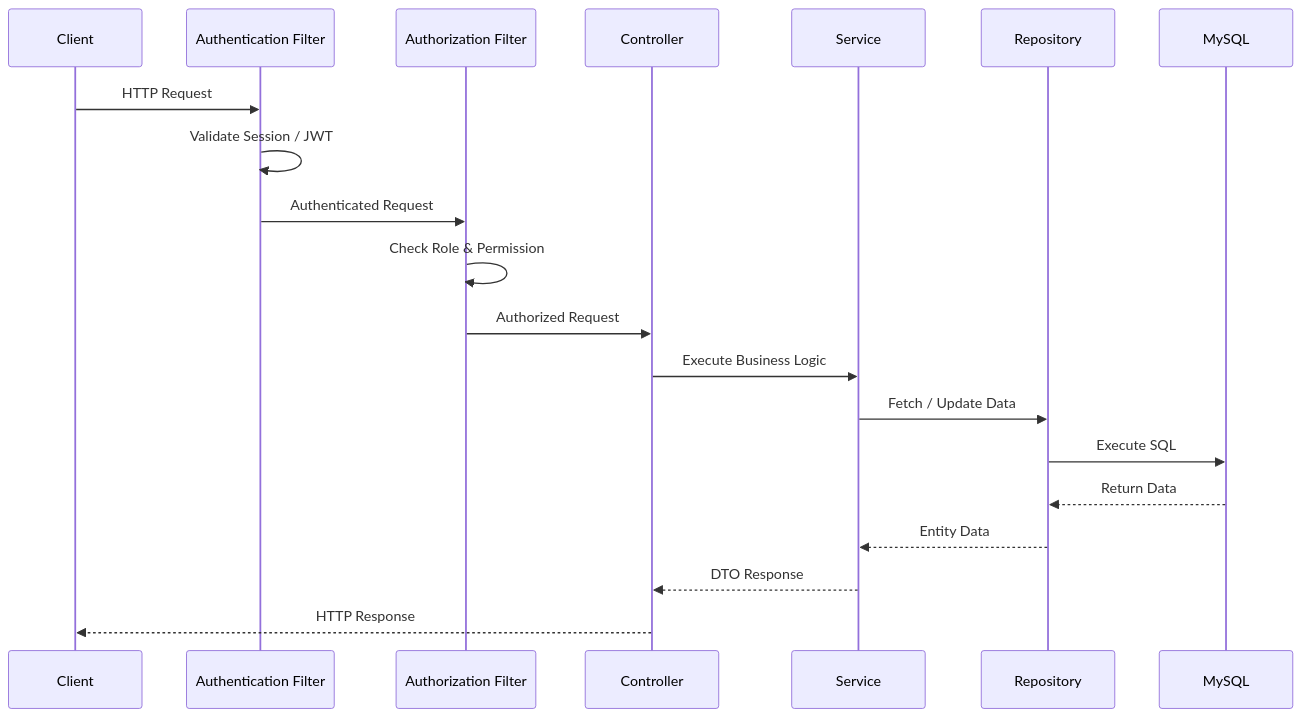
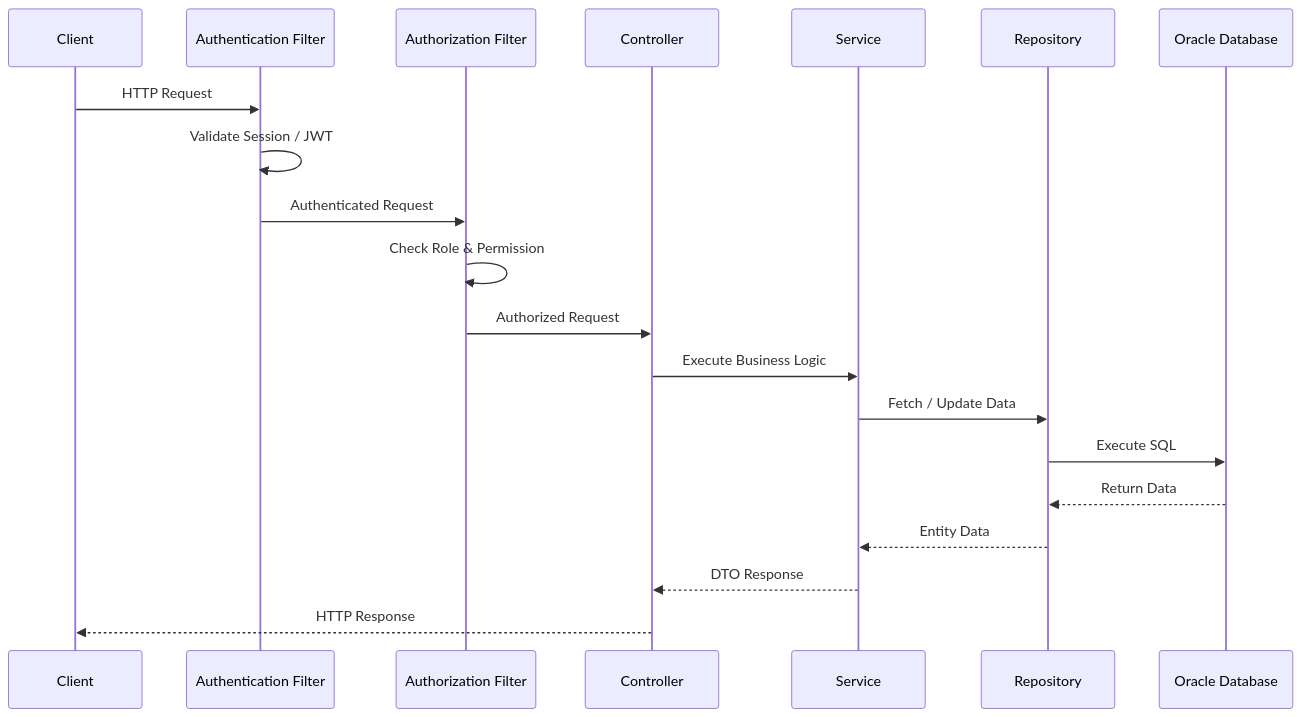
Before and after one commit to MotionPrograming/AuthorizationManagementSystem: diagram 16 of 29 in README.md, drawn with Mermaid. The commit also changed other lines of this file, not shown here.

````diff
--- a/README.md
+++ b/README.md
@@ -618,34 +618,34 @@
 ```mermaid
 sequenceDiagram
     participant U as Client
     participant AF as Authentication Filter
     participant AZ as Authorization Filter
     participant C as Controller
     participant S as Service
     participant R as Repository
-    participant DB as MySQL
+    participant DB as Oracle Database
     
     U->>AF: HTTP Request
     
     AF->>AF: Validate Session / JWT
     
     AF->>AZ: Authenticated Request
     
     AZ->>AZ: Check Role & Permission
     
     AZ->>C: Authorized Request
     
     C->>S: Execute Business Logic
     
     S->>R: Fetch / Update Data
     
     R->>DB: Execute SQL
     
     DB-->>R: Return Data
     
     R-->>S: Entity Data
     
     S-->>C: DTO Response
     
     C-->>U: HTTP Response
 ```
````
